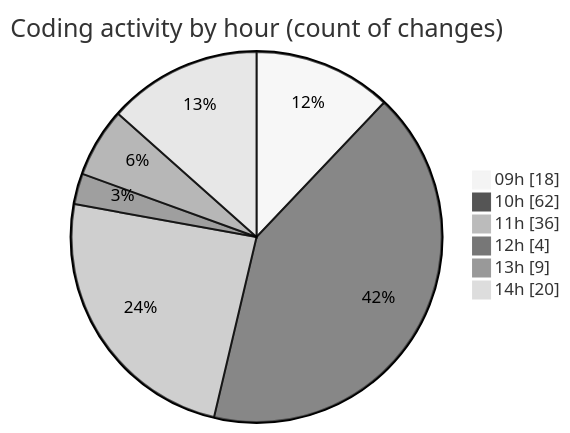
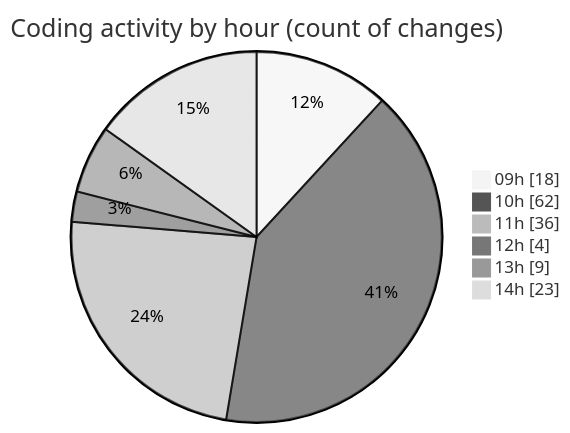
The second of 2 diagrams in 2025-07-01/cda/README.md (momahboobian/code-tracking), drawn with Mermaid (neutral theme) before and after one commit. The commit also changed other lines of this file and 1 other file, not shown here.

````diff
--- a/2025-07-01/cda/README.md
+++ b/2025-07-01/cda/README.md
@@ -53,10 +53,10 @@
 ```mermaid
 pie showData
 title Coding activity by hour (count of changes)
 "09h" : 18
 "10h" : 62
 "11h" : 36
 "12h" : 4
 "13h" : 9
-"14h" : 20
+"14h" : 23
 ```
````
